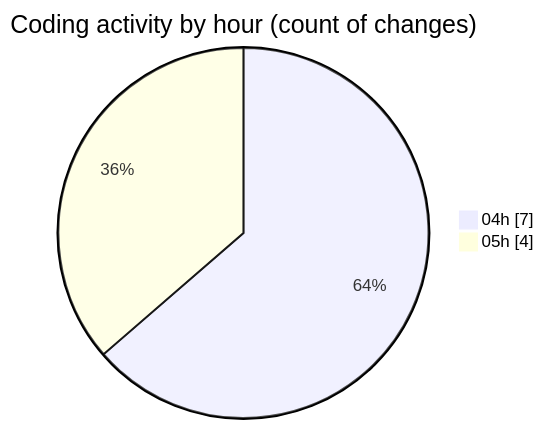
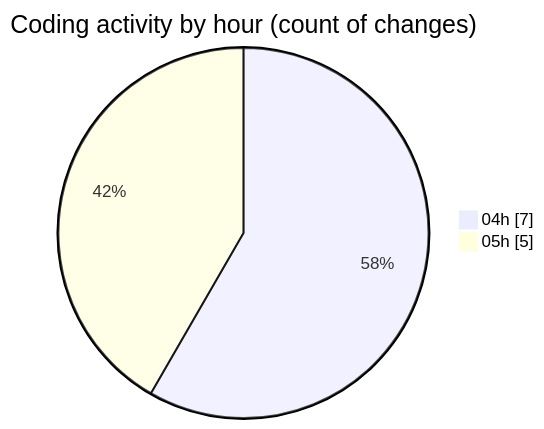
One commit to Ritupan-Deka/code-tracking changed the second of 2 diagrams in 2025-05-31/projects/README.md. Above: the diagram before and after it, drawn with Mermaid. The commit also changed other lines of this file and 1 other file, not shown here.

````diff
--- a/2025-05-31/projects/README.md
+++ b/2025-05-31/projects/README.md
@@ -32,6 +32,6 @@
 ```mermaid
 pie showData
 title Coding activity by hour (count of changes)
 "04h" : 7
-"05h" : 4
+"05h" : 5
 ```
````
